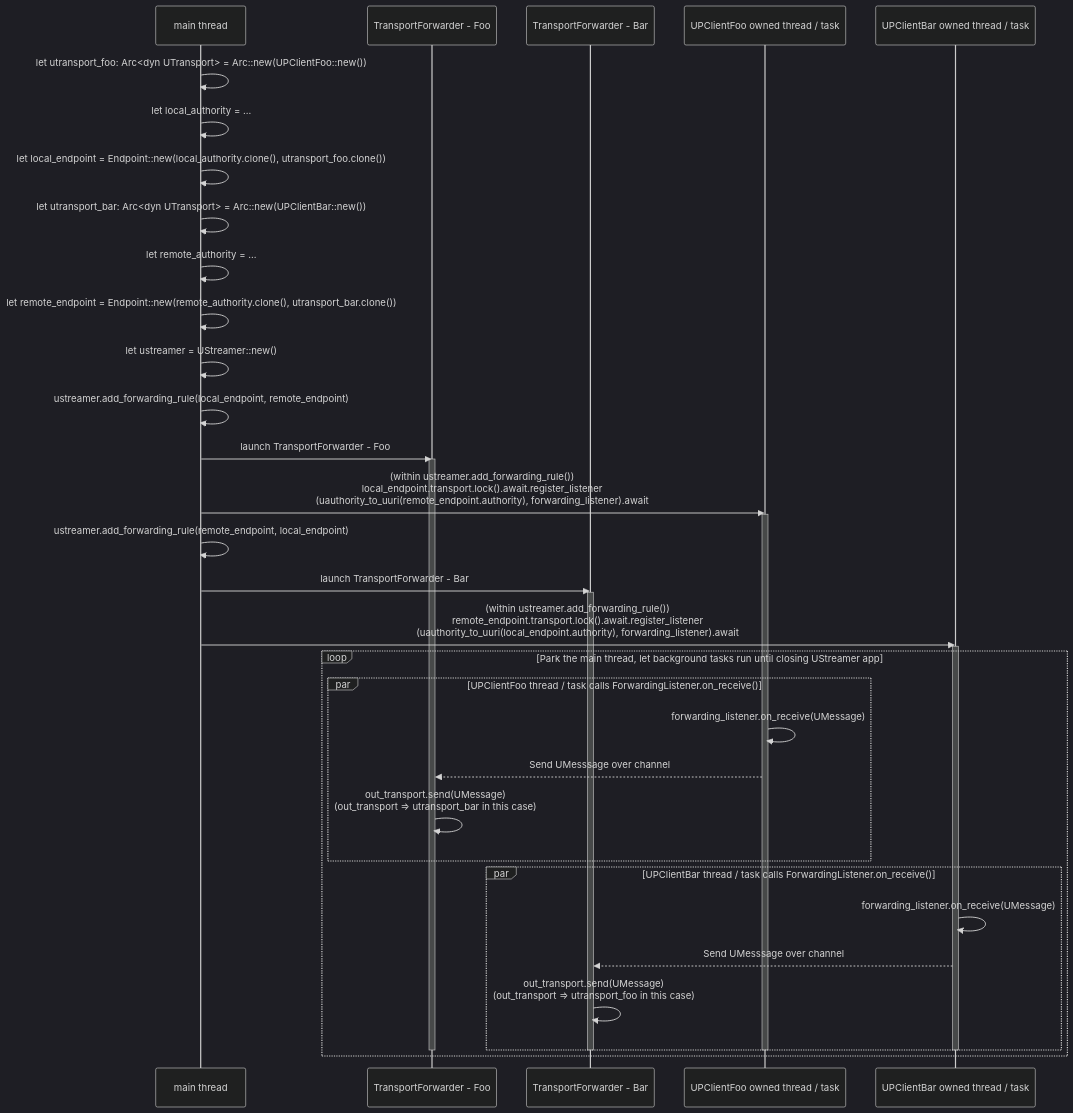
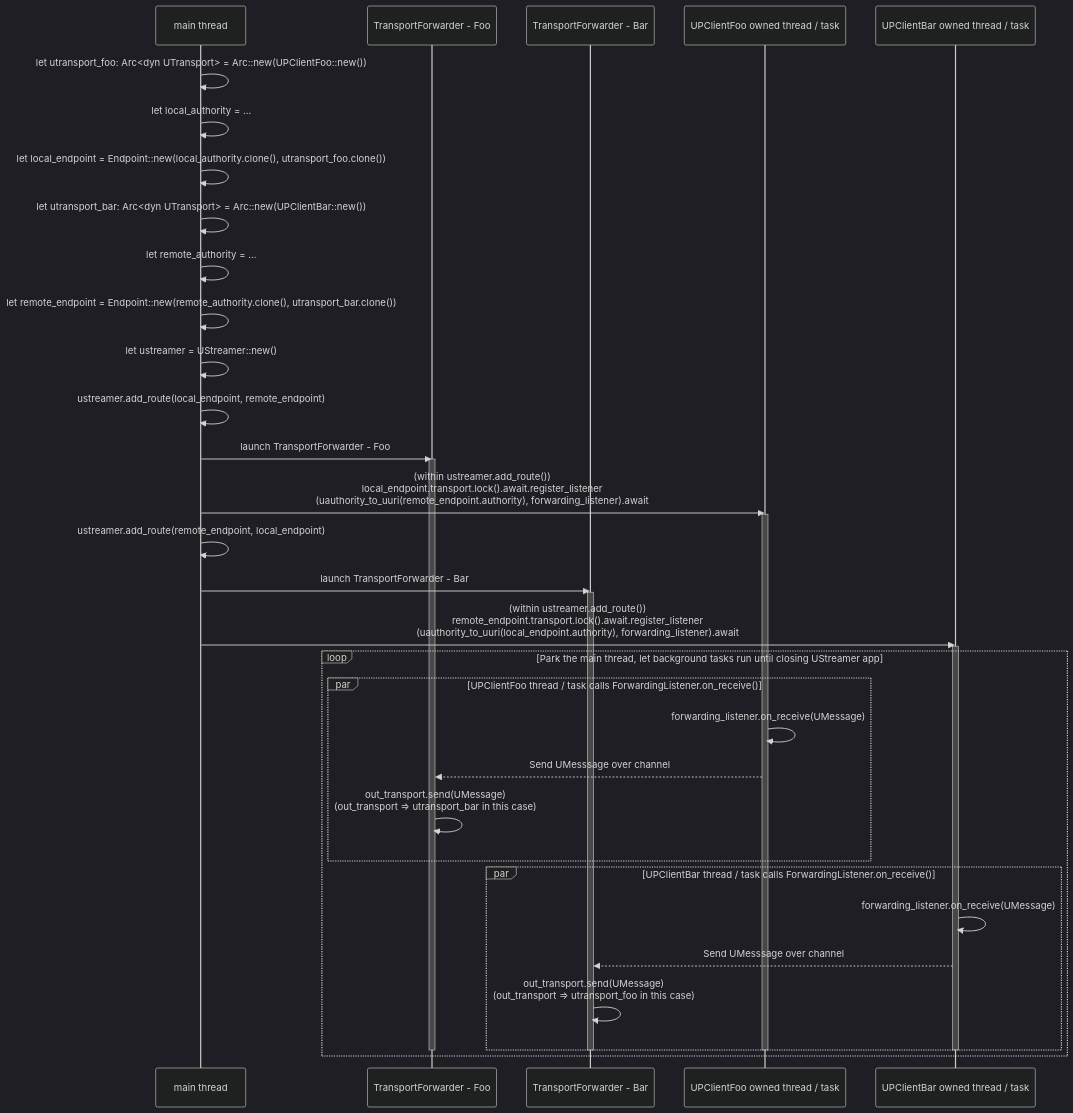
One commit to eclipse-uprotocol/up-streamer-rust changed the diagram in up-streamer/README.md. Above: the diagram before and after it, drawn with Mermaid (dark theme). The commit also changed 37 other files, not shown here.

````diff
--- a/up-streamer/README.md
+++ b/up-streamer/README.md
@@ -13,55 +13,55 @@
 ```mermaid
 sequenceDiagram 
     participant main thread
     participant TransportForwarder - Foo
     participant TransportForwarder - Bar
     participant UPClientFoo owned thread / task
     participant UPClientBar owned thread / task
 
     main thread->>main thread: let utransport_foo: Arc<dyn UTransport> = Arc::new(UPClientFoo::new())
     main thread->>main thread: let local_authority = ...
     main thread->>main thread: let local_endpoint = Endpoint::new(local_authority.clone(), utransport_foo.clone())
 
     main thread->>main thread: let utransport_bar: Arc<dyn UTransport> = Arc::new(UPClientBar::new())
     main thread->>main thread: let remote_authority = ...
     main thread->>main thread: let remote_endpoint = Endpoint::new(remote_authority.clone(), utransport_bar.clone())
   
     main thread->>main thread: let ustreamer = UStreamer::new()
 
-    main thread->>main thread: ustreamer.add_forwarding_rule(local_endpoint, remote_endpoint)
+    main thread->>main thread: ustreamer.add_route(local_endpoint, remote_endpoint)
     main thread->>TransportForwarder - Foo: launch TransportForwarder - Foo
     activate TransportForwarder - Foo
-    main thread->>UPClientFoo owned thread / task: (within ustreamer.add_forwarding_rule()) <br> local_endpoint.transport.lock().await.register_listener <br> (uauthority_to_uuri(remote_endpoint.authority), forwarding_listener).await
+    main thread->>UPClientFoo owned thread / task: (within ustreamer.add_route()) <br> local_endpoint.transport.lock().await.register_listener <br> (uauthority_to_uuri(remote_endpoint.authority), forwarding_listener).await
     activate UPClientFoo owned thread / task
 
-    main thread->>main thread: ustreamer.add_forwarding_rule(remote_endpoint, local_endpoint)
+    main thread->>main thread: ustreamer.add_route(remote_endpoint, local_endpoint)
     main thread->>TransportForwarder - Bar: launch TransportForwarder - Bar
     activate TransportForwarder - Bar
-    main thread->>UPClientBar owned thread / task: (within ustreamer.add_forwarding_rule()) <br> remote_endpoint.transport.lock().await.register_listener <br> (uauthority_to_uuri(local_endpoint.authority), forwarding_listener).await
+    main thread->>UPClientBar owned thread / task: (within ustreamer.add_route()) <br> remote_endpoint.transport.lock().await.register_listener <br> (uauthority_to_uuri(local_endpoint.authority), forwarding_listener).await
     activate UPClientBar owned thread / task
 
     loop Park the main thread, let background tasks run until closing UStreamer app
 
         par UPClientFoo thread / task calls ForwardingListener.on_receive()
 
             UPClientFoo owned thread / task->>UPClientFoo owned thread / task: forwarding_listener.on_receive(UMessage)
             UPClientFoo owned thread / task-->>TransportForwarder - Foo: Send UMesssage over channel
             TransportForwarder - Foo->>TransportForwarder - Foo: out_transport.send(UMessage) <br> (out_transport => utransport_bar in this case)
 
         end
 
         par UPClientBar thread / task calls ForwardingListener.on_receive()
 
             UPClientBar owned thread / task->>UPClientBar owned thread / task: forwarding_listener.on_receive(UMessage)
             UPClientBar owned thread / task-->>TransportForwarder - Bar: Send UMesssage over channel
             TransportForwarder - Bar->>TransportForwarder - Bar: out_transport.send(UMessage) <br> (out_transport => utransport_foo in this case)
 
         end
 
         deactivate UPClientFoo owned thread / task
         deactivate UPClientBar owned thread / task
         deactivate TransportForwarder - Foo
         deactivate TransportForwarder - Bar
 
     end
 ```
````
